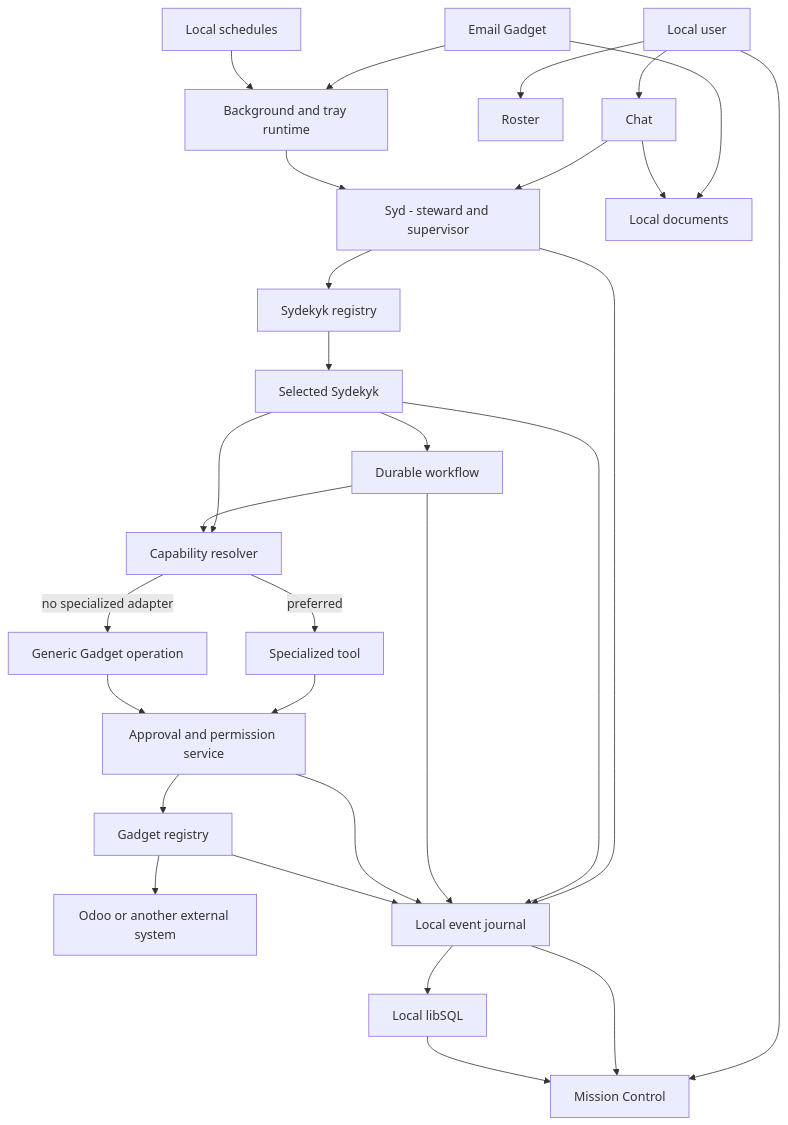
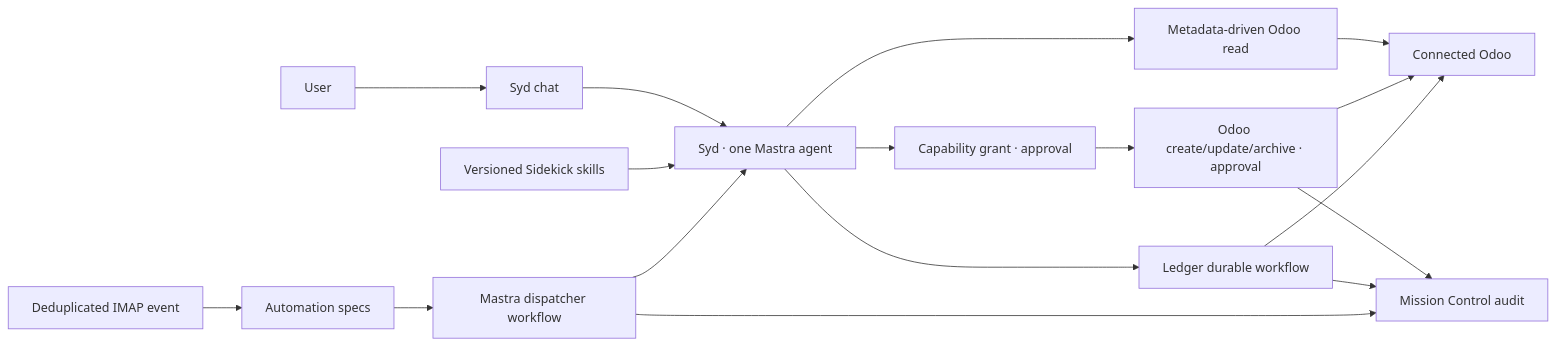
Before and after one commit to ibassoftware/sydekyks: the diagram in docs/architecture.md, drawn with Mermaid. The commit also changed other lines of this file and 83 other files, not shown here.

````diff
--- a/docs/architecture.md
+++ b/docs/architecture.md
@@ -172,52 +16,19 @@
 ```mermaid
-flowchart TD
-    User["Local user"]
-    Chat["Chat"]
-    RosterUI["Roster"]
-    MissionUI["Mission Control"]
-    Tray["Background and tray runtime"]
-    Email["Email Gadget"]
-    Schedule["Local schedules"]
-    Syd["Syd - steward and supervisor"]
-    Registry["Sydekyk registry"]
-    Sydekyk["Selected Sydekyk"]
-    Workflow["Durable workflow"]
-    Resolver["Capability resolver"]
-    Specific["Specialized tool"]
-    Generic["Generic Gadget operation"]
-    Approval["Approval and permission service"]
-    Gadget["Gadget registry"]
-    External["Odoo or another external system"]
-    Events["Local event journal"]
-    DB["Local libSQL"]
-    Files["Local documents"]
-
-    User --> Chat
-    User --> RosterUI
-    User --> MissionUI
-    Chat --> Syd
-    Email --> Tray
-    Schedule --> Tray
-    Tray --> Syd
-    Syd --> Registry
-    Registry --> Sydekyk
-    Sydekyk --> Workflow
-    Sydekyk --> Resolver
-    Workflow --> Resolver
-    Resolver -->|preferred| Specific
-    Resolver -->|no specialized adapter| Generic
-    Specific --> Approval
-    Generic --> Approval
-    Approval --> Gadget
-    Gadget --> External
-    Syd --> Events
-    Sydekyk --> Events
-    Workflow --> Events
-    Approval --> Events
-    Gadget --> Events
-    Events --> DB
-    Events --> MissionUI
-    Email --> Files
-    Chat --> Files
-    DB --> MissionUI
+flowchart LR
+  User["User"] --> Chat["Syd chat"]
+  Chat --> Syd["Syd · one Mastra agent"]
+  Skills["Versioned Sidekick skills"] --> Syd
+  Syd --> Read["Metadata-driven Odoo read"]
+  Syd --> Grant["Capability grant · approval"]
+  Grant --> Write["Odoo create/update/archive · approval"]
+  Syd --> Ledger["Ledger durable workflow"]
+  Specs["Automation specs"] --> Dispatcher["Mastra dispatcher workflow"]
+  IMAP["Deduplicated IMAP event"] --> Specs
+  Dispatcher --> Syd
+  Read --> Odoo["Connected Odoo"]
+  Write --> Odoo
+  Ledger --> Odoo
+  Write --> Audit["Mission Control audit"]
+  Ledger --> Audit
+  Dispatcher --> Audit
 ```
````
